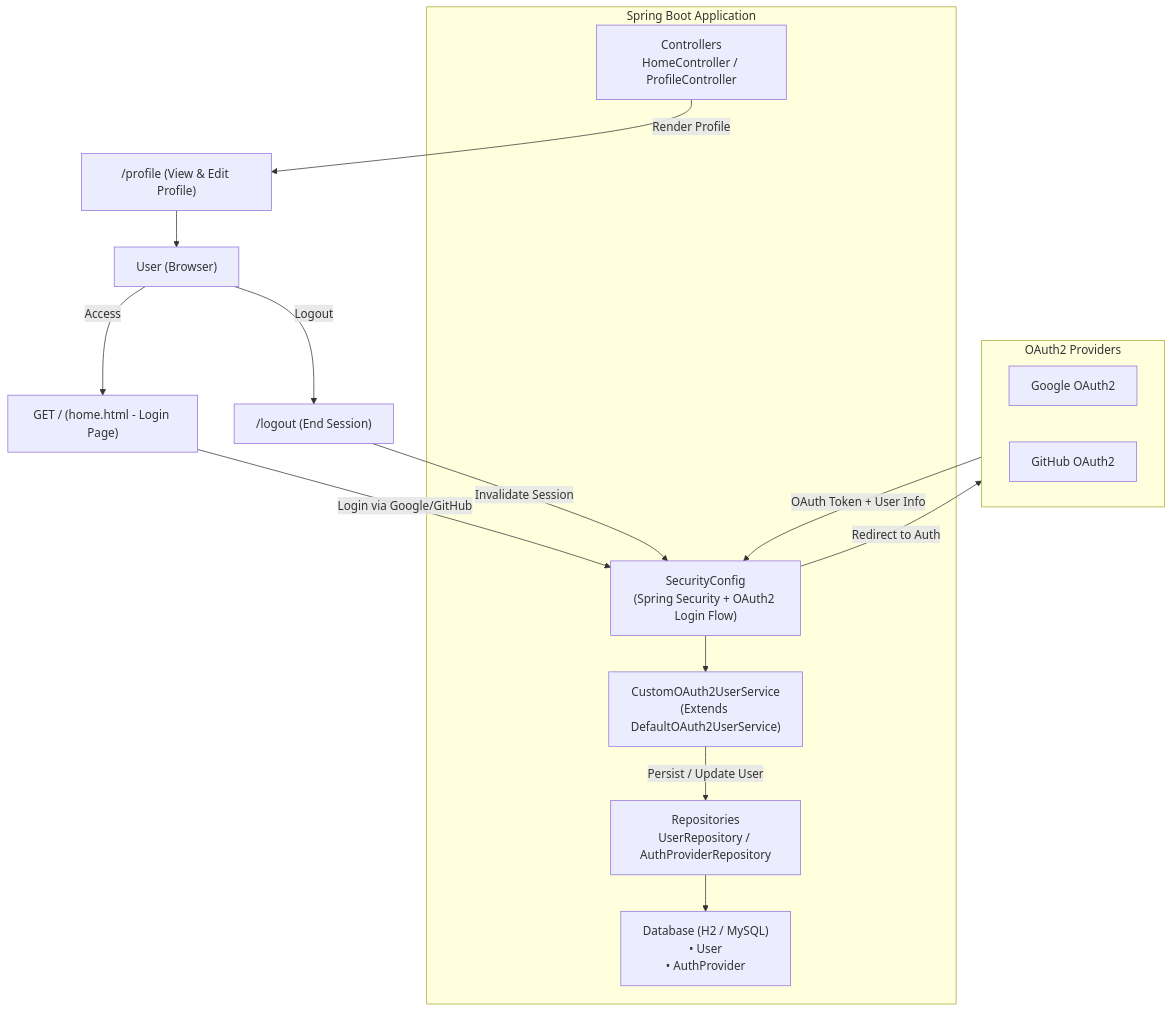
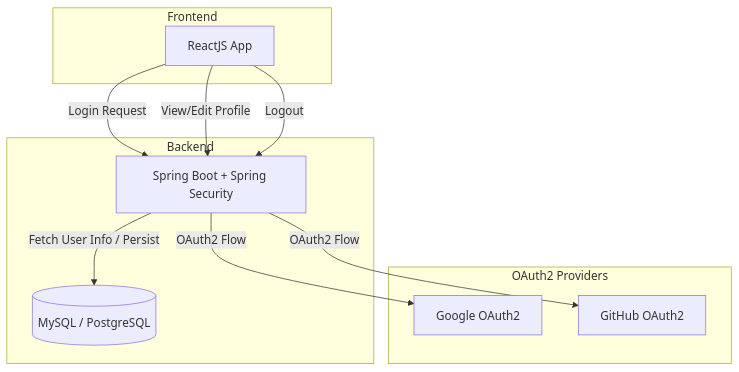
Before and after one commit to moshiverse/OAuth2-Integration: the diagram in README.md, drawn with Mermaid. The commit also changed other lines of this file, not shown here.

Commit message:
Revise architecture diagram in README
Updated architecture diagram to reflect changes in flow and components.

````diff
--- a/README.md
+++ b/README.md
@@ -167,38 +167,25 @@
 ```mermaid
-graph TB
-
-%% === CLIENT SIDE ===
-    User["User (Browser)"]
-    Home["GET / (home.html - Login Page)"]
-    Profile["/profile (View & Edit Profile)"]
-    Logout["/logout (End Session)"]
-
-%% === SPRING BOOT APPLICATION ===
-    subgraph SpringBootApp["Spring Boot Application"]
-        Controller["Controllers<br>HomeController / ProfileController"]
-        Security["SecurityConfig<br>(Spring Security + OAuth2 Login Flow)"]
-        CustomService["CustomOAuth2UserService<br>(Extends DefaultOAuth2UserService)"]
-        Repositories["Repositories<br>UserRepository / AuthProviderRepository"]
-        Database["Database (H2 / MySQL)<br>• User<br>• AuthProvider"]
+graph TD
+    subgraph Frontend
+        FE[ReactJS App]
     end
 
-%% === OAUTH2 PROVIDERS ===
-    subgraph Providers["OAuth2 Providers"]
-        Google["Google OAuth2"]
-        GitHub["GitHub OAuth2"]
+    subgraph Backend
+        BE[Spring Boot + Spring Security]
+        DB[(MySQL / PostgreSQL)]
+        %% H2 allowed for development only
     end
 
-%% === FLOW ===
-    User -->|Access| Home
-    Home -->|Login via Google/GitHub| Security
-    Security -->|Redirect to Auth| Providers
-    Providers -->|OAuth Token + User Info| Security
-    Security --> CustomService
-    CustomService -->|Persist / Update User| Repositories
-    Repositories --> Database
-    Controller -->|Render Profile| Profile
-    Profile --> User
-    User -->|Logout| Logout
-    Logout -->|Invalidate Session| Security
+    subgraph OAuth2 Providers
+        Google[Google OAuth2]
+        GitHub[GitHub OAuth2]
+    end
+
+    FE -->|Login Request| BE
+    BE -->|Fetch User Info / Persist| DB
+    BE -->|OAuth2 Flow| Google
+    BE -->|OAuth2 Flow| GitHub
+    FE -->|View/Edit Profile| BE
+    FE -->|Logout| BE
 
 ```
````
